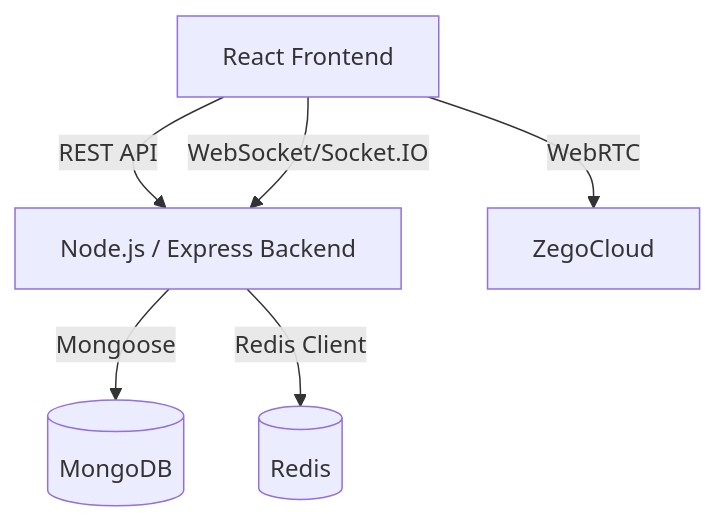
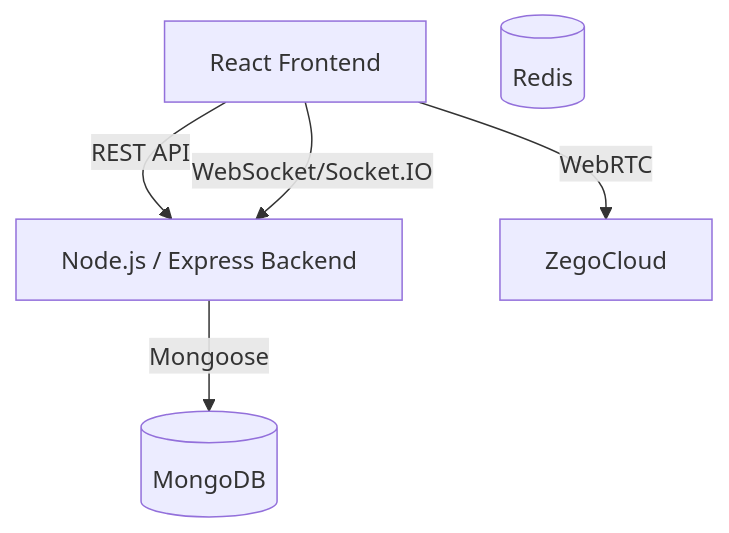
Before and after one commit to 24aysh/echo-er: the diagram in README.md, drawn with Mermaid. The commit also changed 1 other file, not shown here.

````diff
--- a/README.md
+++ b/README.md
@@ -9,14 +9,13 @@
 ```mermaid
 graph TD
     Client[React Frontend]
     Server[Node.js / Express Backend]
     DB[(MongoDB)]
     Cache[(Redis)]
     VideoService[ZegoCloud]
 
     Client -- REST API --> Server
     Client -- WebSocket/Socket.IO --> Server
     Client -- WebRTC --> VideoService
     Server -- Mongoose --> DB
-    Server -- Redis Client --> Cache
 ```
````
